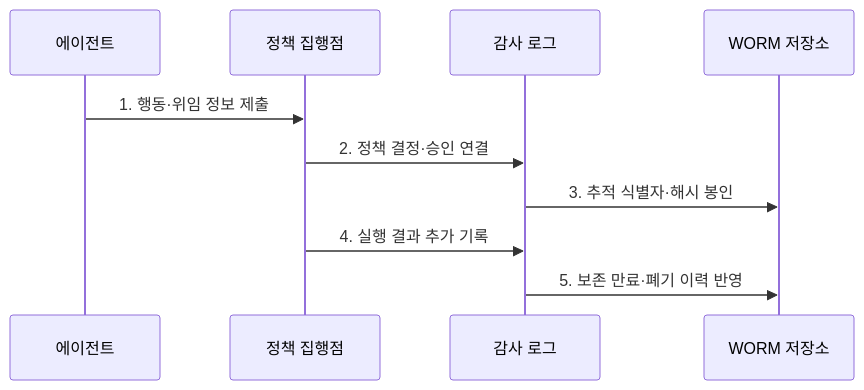
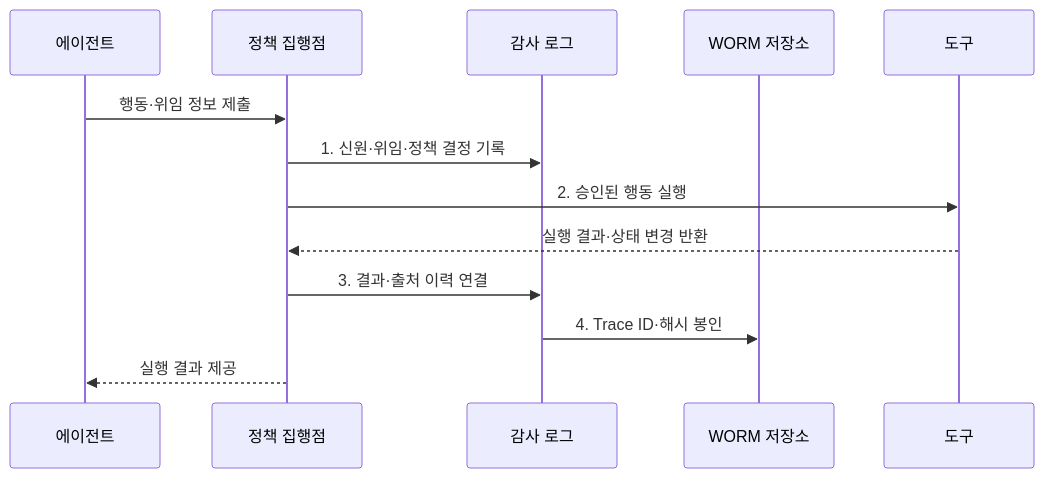
One commit to agnusdei1207/knowledge-base changed the second of 2 diagrams in src/content/docs/notes/08-latest-tech/018_agent_audit_log.md. Above: the diagram before and after it, drawn with Mermaid. The commit also changed other lines of this file and 225 other files, not shown here.

````diff
--- a/src/content/docs/notes/08-latest-tech/018_agent_audit_log.md
+++ b/src/content/docs/notes/08-latest-tech/018_agent_audit_log.md
@@ -76,12 +76,15 @@
 ```mermaid
 sequenceDiagram
     participant A as 에이전트
     participant P as 정책 집행점
     participant L as 감사 로그
     participant W as WORM 저장소
-    A->>P: 1. 행동·위임 정보 제출
-    P->>L: 2. 정책 결정·승인 연결
-    L->>W: 3. 추적 식별자·해시 봉인
-    P->>L: 4. 실행 결과 추가 기록
-    L->>W: 5. 보존 만료·폐기 이력 반영
+    participant T as 도구
+    A->>P: 행동·위임 정보 제출
+    P->>L: 1. 신원·위임·정책 결정 기록
+    P->>T: 2. 승인된 행동 실행
+    T-->>P: 실행 결과·상태 변경 반환
+    P->>L: 3. 결과·출처 이력 연결
+    L->>W: 4. Trace ID·해시 봉인
+    P-->>A: 실행 결과 제공
 ```
````
